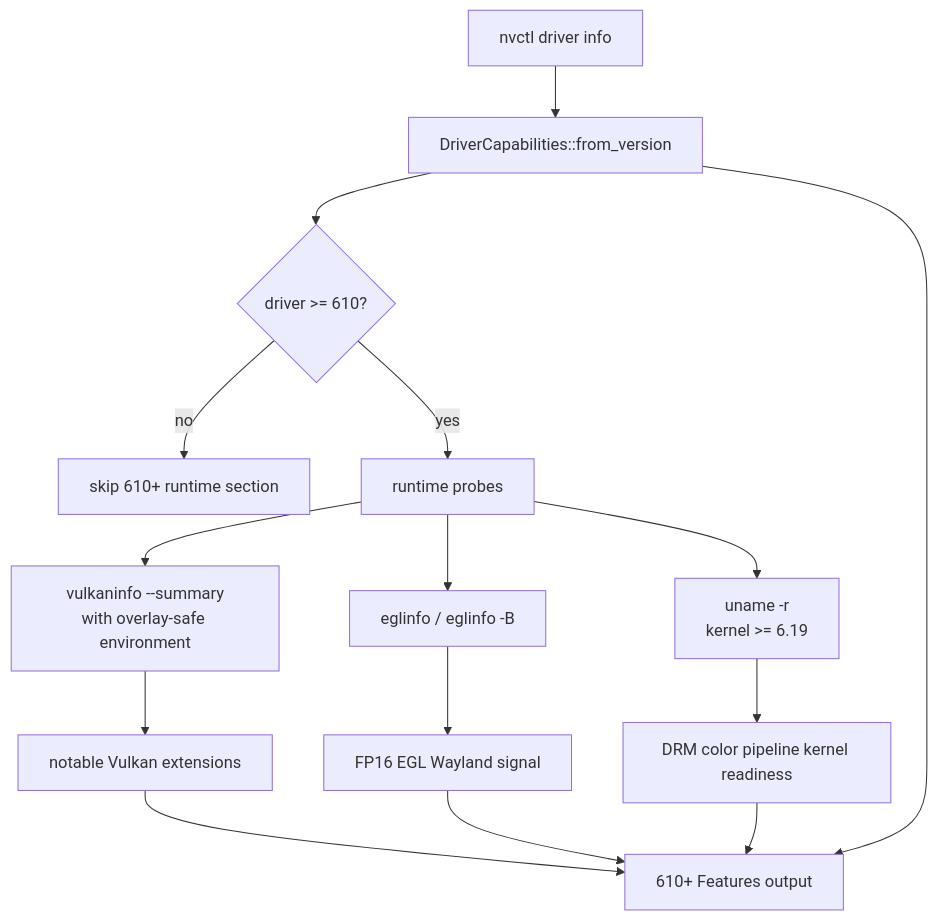
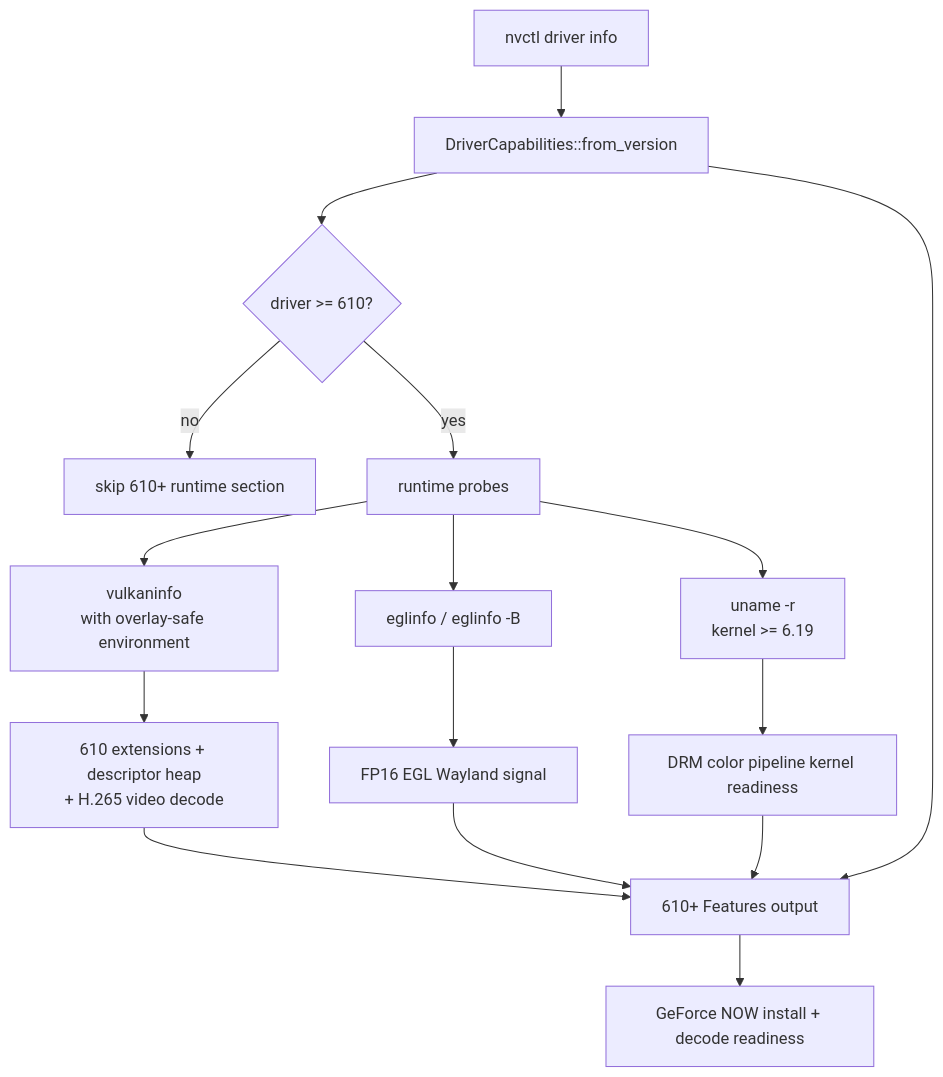
Before and after one commit to GhostKellz/nvcontrol: the second of 7 diagrams in docs/internals/runtime-flows.md, drawn with Mermaid. The commit also changed other lines of this file and 66 other files, not shown here.

````diff
--- a/docs/internals/runtime-flows.md
+++ b/docs/internals/runtime-flows.md
@@ -45,20 +51,21 @@
 ```mermaid
 flowchart TD
     info["nvctl driver info"] --> version["DriverCapabilities::from_version"]
     version --> gate{"driver >= 610?"}
     gate -->|no| legacy["skip 610+ runtime section"]
     gate -->|yes| probes["runtime probes"]
 
-    probes --> vulkan["vulkaninfo --summary\nwith overlay-safe environment"]
+    probes --> vulkan["vulkaninfo\nwith overlay-safe environment"]
     probes --> egl["eglinfo / eglinfo -B"]
     probes --> kernel["uname -r\nkernel >= 6.19"]
 
-    vulkan --> vkext["notable Vulkan extensions"]
+    vulkan --> vkext["610 extensions + descriptor heap\n+ H.265 video decode"]
     egl --> fp16["FP16 EGL Wayland signal"]
     kernel --> drm["DRM color pipeline kernel readiness"]
 
     vkext --> output["610+ Features output"]
     fp16 --> output
     drm --> output
     version --> output
+    output --> gfn["GeForce NOW install + decode readiness"]
 ```
````
